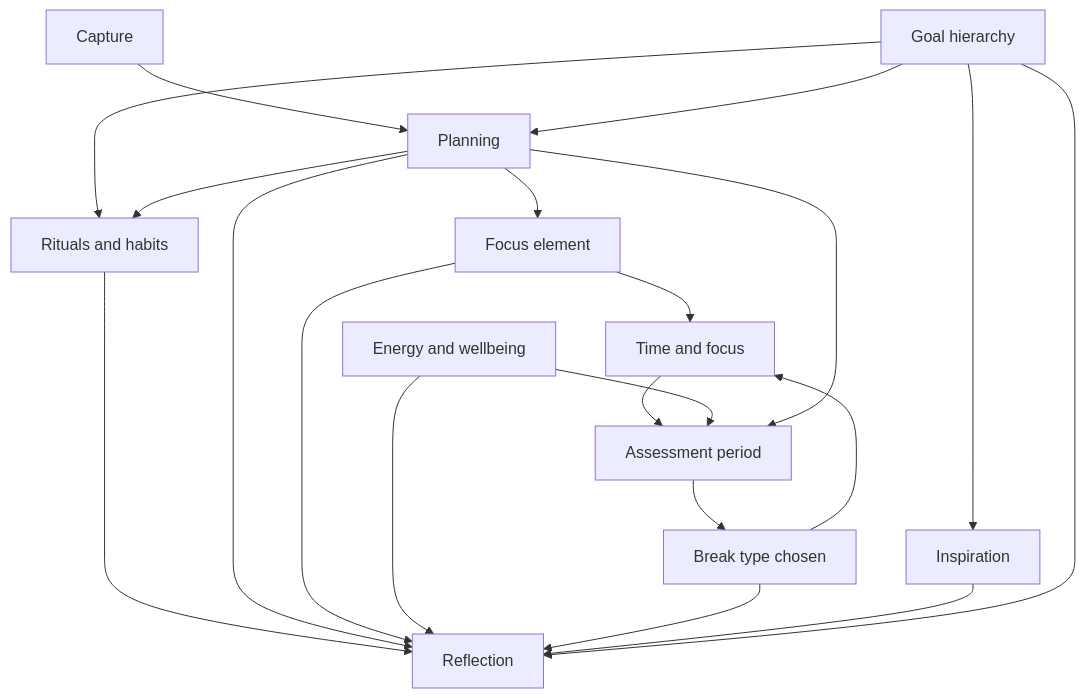
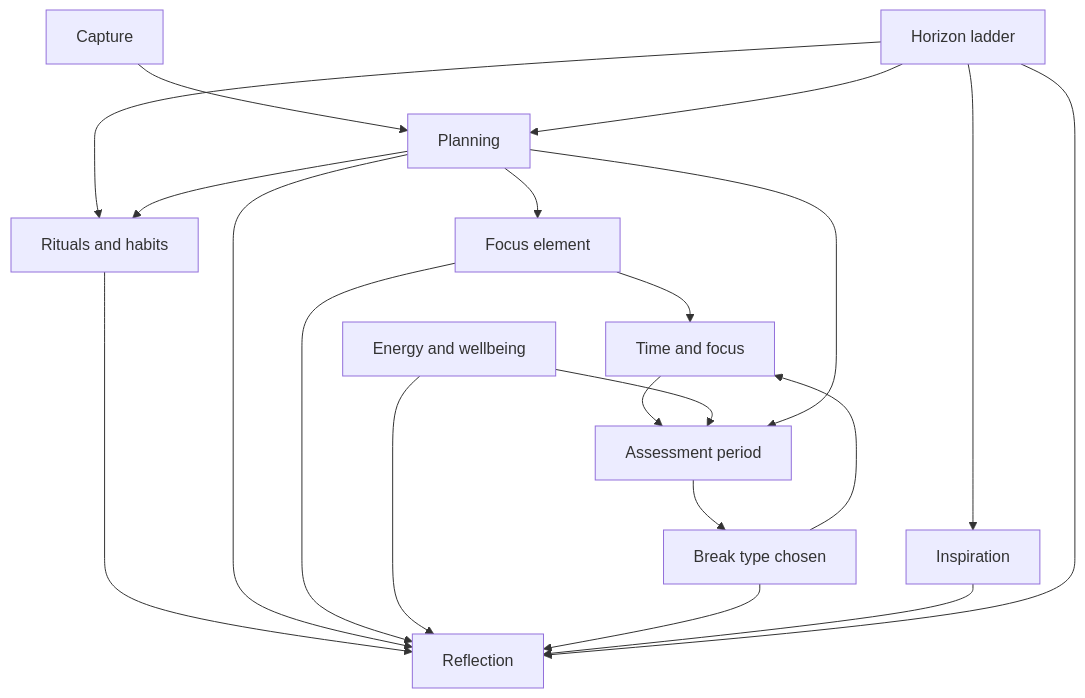
Before and after one commit to JasonConradScott/productivity-app: the second of 2 diagrams in docs/DOMAINS.md, drawn with Mermaid. The commit also changed other lines of this file and 3 other files, not shown here.

````diff
--- a/docs/DOMAINS.md
+++ b/docs/DOMAINS.md
@@ -163,22 +198,22 @@
 ```mermaid
 flowchart TB
   Capture --> Planning
-  GoalHierarchy[Goal hierarchy] --> Planning
-  GoalHierarchy --> Inspiration
-  GoalHierarchy --> Rituals[Rituals and habits]
+  HorizonLadder[Horizon ladder] --> Planning
+  HorizonLadder --> Inspiration
+  HorizonLadder --> Rituals[Rituals and habits]
   Planning --> Rituals
   Rituals --> Reflection
   Planning --> Focus[Focus element]
   Focus --> TimeFocus[Time and focus]
   TimeFocus --> Assessment[Assessment period]
   Energy[Energy and wellbeing] --> Assessment
   Planning --> Assessment
   Assessment --> Breaks[Break type chosen]
   Breaks --> TimeFocus
   Planning --> Reflection
   Focus --> Reflection
   Energy --> Reflection
   Breaks --> Reflection
   Inspiration --> Reflection
-  GoalHierarchy --> Reflection
+  HorizonLadder --> Reflection
 ```
````
